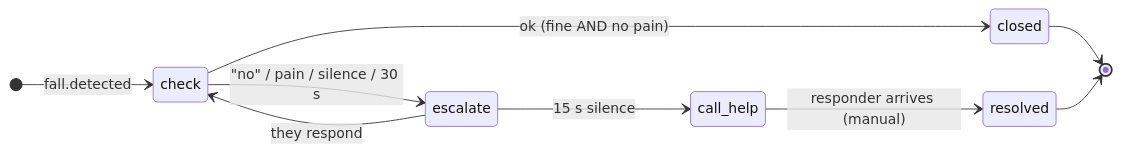
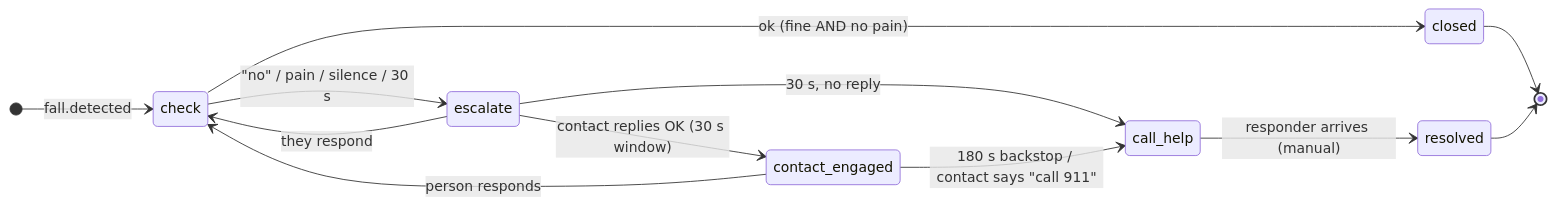
One commit to qnethome2026-oss/QNet-Home changed the third of 4 diagrams in docs/DESIGN.md. Above: the diagram before and after it, drawn with Mermaid. The commit also changed other lines of this file and 2 other files, not shown here.

First line of the commit message:
README: real Setup/Usage; docs synced with contact-ack + find rails

````diff
--- a/docs/DESIGN.md
+++ b/docs/DESIGN.md
@@ -382,12 +393,15 @@
 ```mermaid
 stateDiagram-v2
     direction LR
     [*] --> check : fall.detected
     check --> closed : ok (fine AND no pain)
     check --> escalate : "no" / pain / silence / 30 s
     escalate --> check : they respond
-    escalate --> call_help : 15 s silence
+    escalate --> contact_engaged : contact replies OK (30 s window)
+    escalate --> call_help : 30 s, no reply
+    contact_engaged --> check : person responds
+    contact_engaged --> call_help : 180 s backstop / contact says "call 911"
     call_help --> resolved : responder arrives (manual)
     closed --> [*]
     resolved --> [*]
 ```
````
